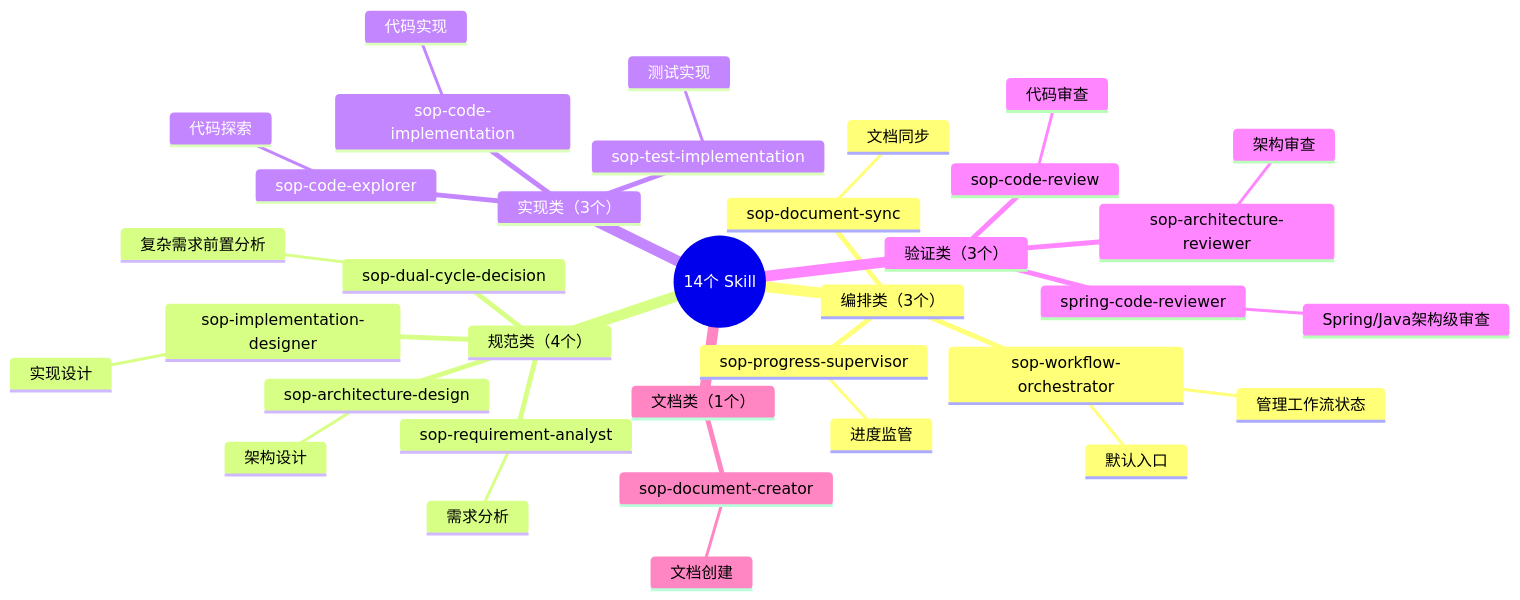
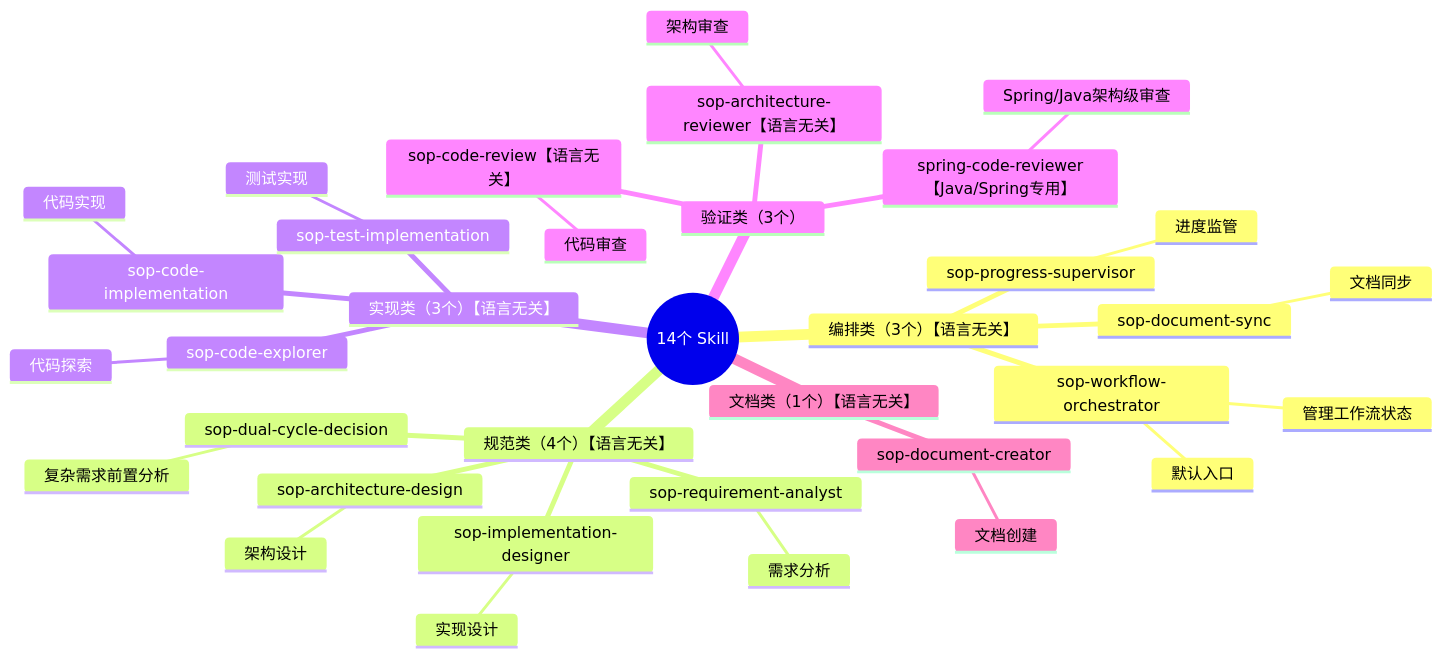
One commit to luckyMUMU/mumu-sop changed the diagram in plugins/mumu-sop/index.md. Above: the diagram before and after it, drawn with Mermaid. The commit also changed other lines of this file and 85 other files, not shown here.

````diff
--- a/plugins/mumu-sop/index.md
+++ b/plugins/mumu-sop/index.md
@@ -11,38 +15,38 @@
 ```mermaid
 mindmap
   root((14个 Skill))
-    编排类（3个）
+    编排类（3个）【语言无关】
       sop-workflow-orchestrator
         默认入口
         管理工作流状态
       sop-document-sync
         文档同步
       sop-progress-supervisor
         进度监管
-    规范类（4个）
+    规范类（4个）【语言无关】
       sop-dual-cycle-decision
         复杂需求前置分析
       sop-requirement-analyst
         需求分析
       sop-architecture-design
         架构设计
       sop-implementation-designer
         实现设计
-    实现类（3个）
+    实现类（3个）【语言无关】
       sop-code-explorer
         代码探索
       sop-code-implementation
         代码实现
       sop-test-implementation
         测试实现
     验证类（3个）
-      sop-architecture-reviewer
+      sop-architecture-reviewer【语言无关】
         架构审查
-      sop-code-review
+      sop-code-review【语言无关】
         代码审查
-      spring-code-reviewer
+      spring-code-reviewer【Java/Spring专用】
         Spring/Java架构级审查
-    文档类（1个）
+    文档类（1个）【语言无关】
       sop-document-creator
         文档创建
 ```
````
